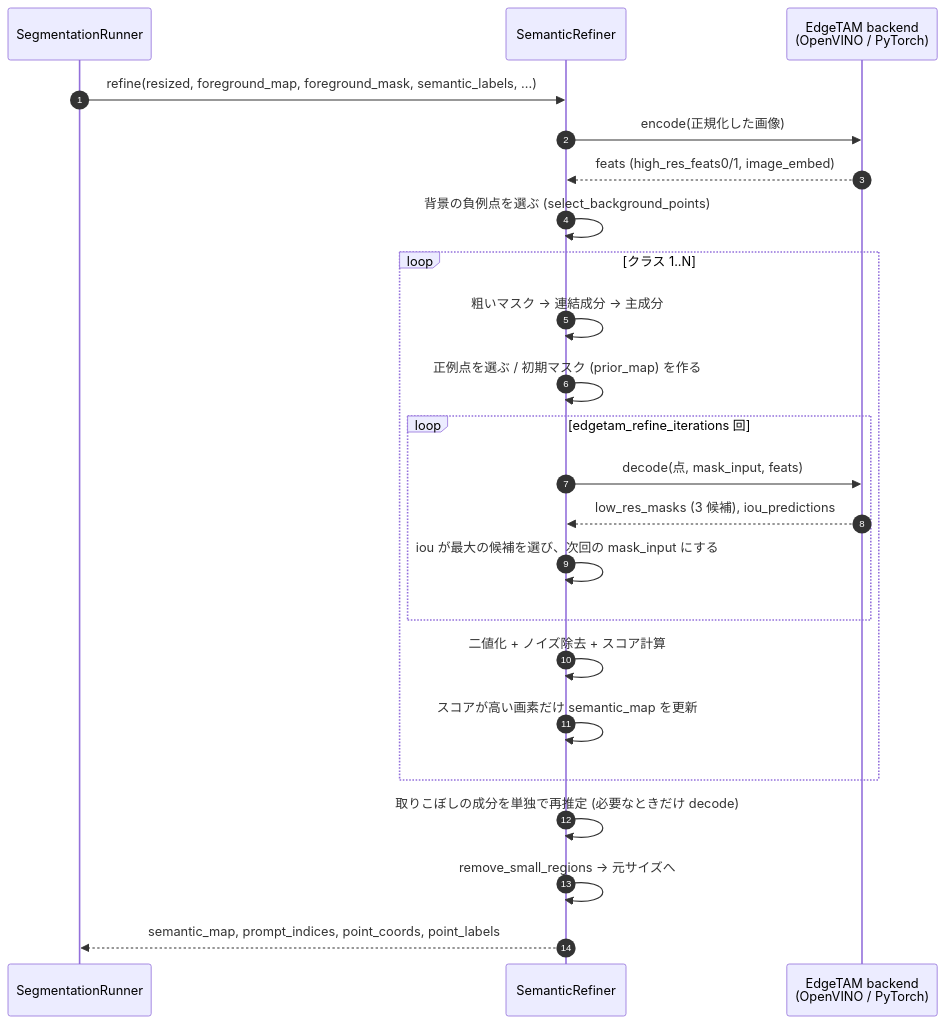
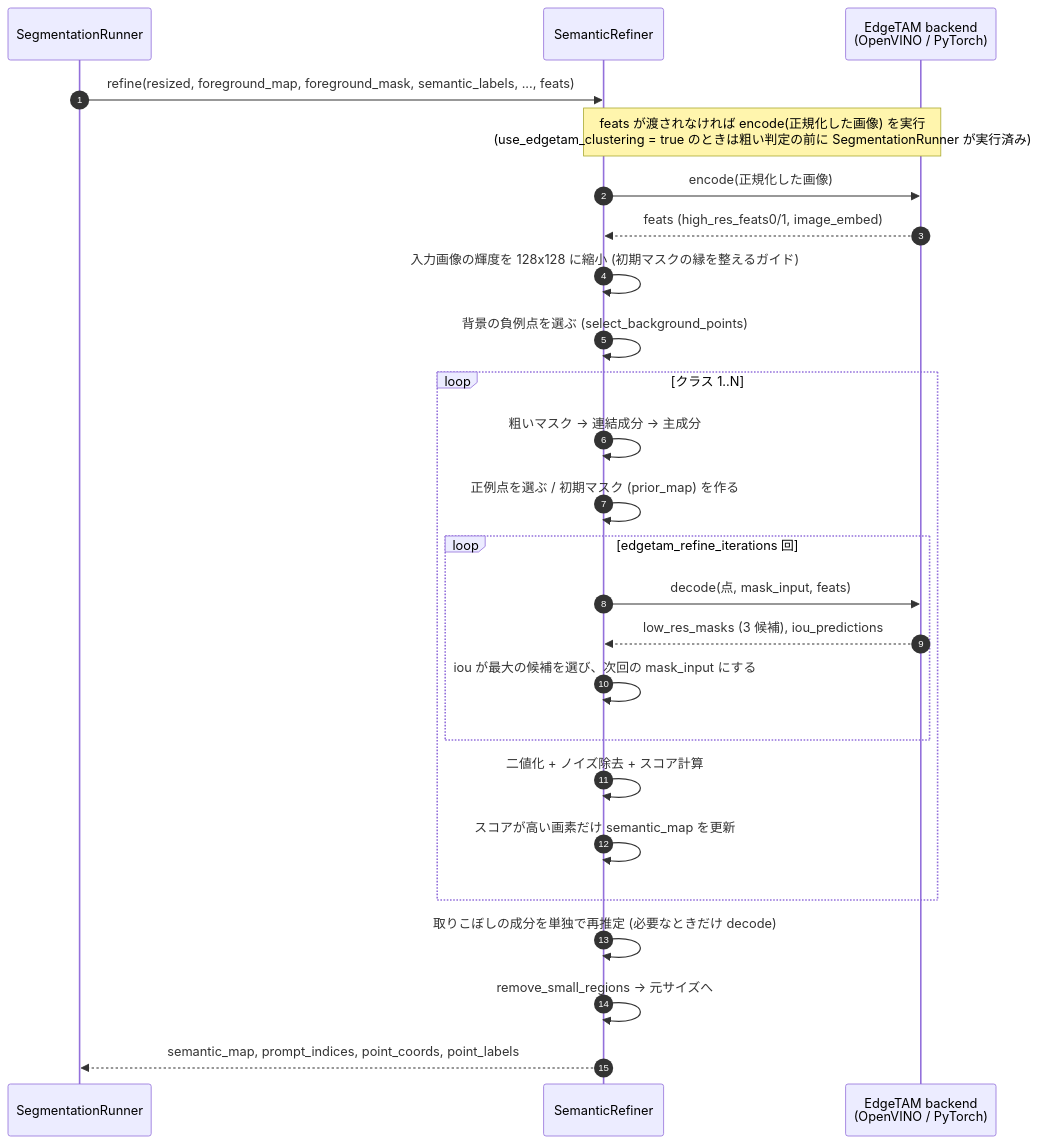
The second of 9 diagrams in docs/semantic_refiner.md (fklg-64/pe_anything_detect), drawn with Mermaid before and after one commit. The commit also changed other lines of this file and 10 other files, not shown here.

````diff
--- a/docs/semantic_refiner.md
+++ b/docs/semantic_refiner.md
@@ -84,28 +84,30 @@
 ```mermaid
 sequenceDiagram
     autonumber
     participant R as SegmentationRunner
     participant S as SemanticRefiner
     participant E as EdgeTAM backend<br/>(OpenVINO / PyTorch)
 
-    R->>S: refine(resized, foreground_map, foreground_mask, semantic_labels, ...)
+    R->>S: refine(resized, foreground_map, foreground_mask, semantic_labels, ..., feats)
+    Note over S,E: feats が渡されなければ encode(正規化した画像) を実行<br/>(use_edgetam_clustering = true のときは粗い判定の前に SegmentationRunner が実行済み)
     S->>E: encode(正規化した画像)
     E-->>S: feats (high_res_feats0/1, image_embed)
+    S->>S: 入力画像の輝度を 128x128 に縮小 (初期マスクの縁を整えるガイド)
     S->>S: 背景の負例点を選ぶ (select_background_points)
 
     loop クラス 1..N
         S->>S: 粗いマスク → 連結成分 → 主成分
         S->>S: 正例点を選ぶ / 初期マスク (prior_map) を作る
         loop edgetam_refine_iterations 回
             S->>E: decode(点, mask_input, feats)
             E-->>S: low_res_masks (3 候補), iou_predictions
             S->>S: iou が最大の候補を選び、次回の mask_input にする
         end
         S->>S: 二値化 + ノイズ除去 + スコア計算
         S->>S: スコアが高い画素だけ semantic_map を更新
     end
 
     S->>S: 取りこぼしの成分を単独で再推定 (必要なときだけ decode)
     S->>S: remove_small_regions → 元サイズへ
     S-->>R: semantic_map, prompt_indices, point_coords, point_labels
 ```
````
